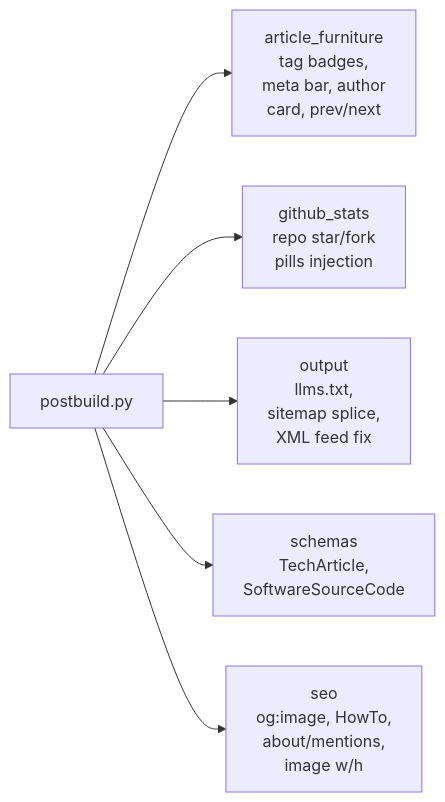
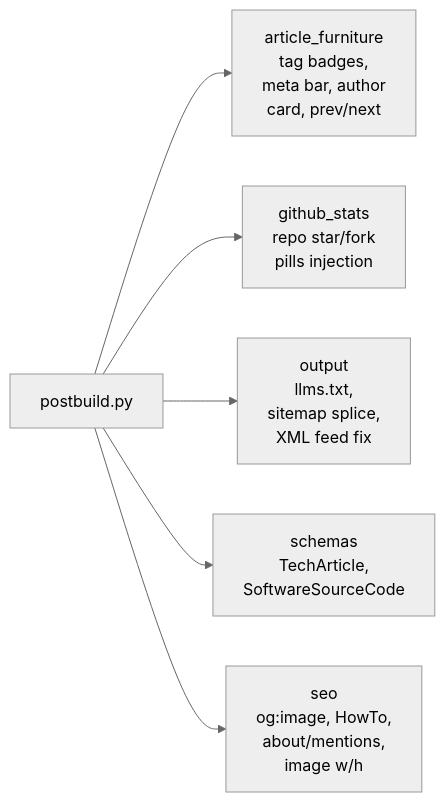
One commit to sebastienrousseau/sebastienrousseau.github.io changed the second of 4 diagrams in doc/ARCHITECTURE.md. Above: the diagram before and after it, drawn with Mermaid. The commit also changed other lines of this file and 6 other files, not shown here.

First line of the commit message:
docs: clean Mermaid diagrams — neutral theme, no emoji, restructured long flows

````diff
--- a/doc/ARCHITECTURE.md
+++ b/doc/ARCHITECTURE.md
@@ -154,9 +155,10 @@
 ```mermaid
+%%{init: {'theme':'neutral'} }%%
 flowchart LR
-    PB["postbuild.py"]
-    PB --> AF[article_furniture<br/>tag badges,<br/>meta bar, author<br/>card, prev/next]
-    PB --> GH[github_stats<br/>repo star/fork<br/>pills injection]
-    PB --> OUT[output<br/>llms.txt,<br/>sitemap splice,<br/>XML feed fix]
-    PB --> SC[schemas<br/>TechArticle,<br/>SoftwareSourceCode]
-    PB --> SEO[seo<br/>og:image, HowTo,<br/>about/mentions,<br/>image w/h]
+ PB["postbuild.py"]
+ PB --> AF[article_furniture<br/>tag badges,<br/>meta bar, author<br/>card, prev/next]
+ PB --> GH[github_stats<br/>repo star/fork<br/>pills injection]
+ PB --> OUT[output<br/>llms.txt,<br/>sitemap splice,<br/>XML feed fix]
+ PB --> SC[schemas<br/>TechArticle,<br/>SoftwareSourceCode]
+ PB --> SEO[seo<br/>og:image, HowTo,<br/>about/mentions,<br/>image w/h]
 ```
````
